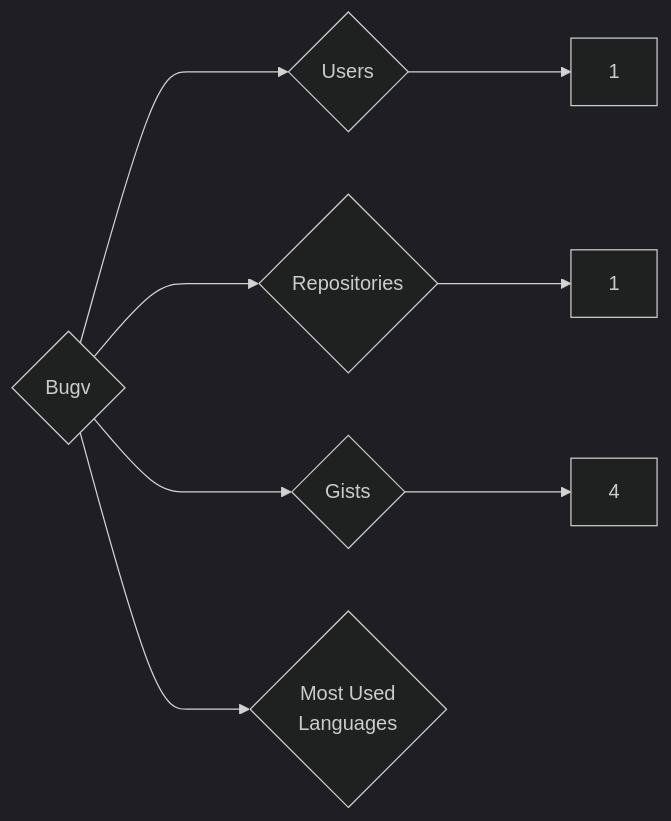
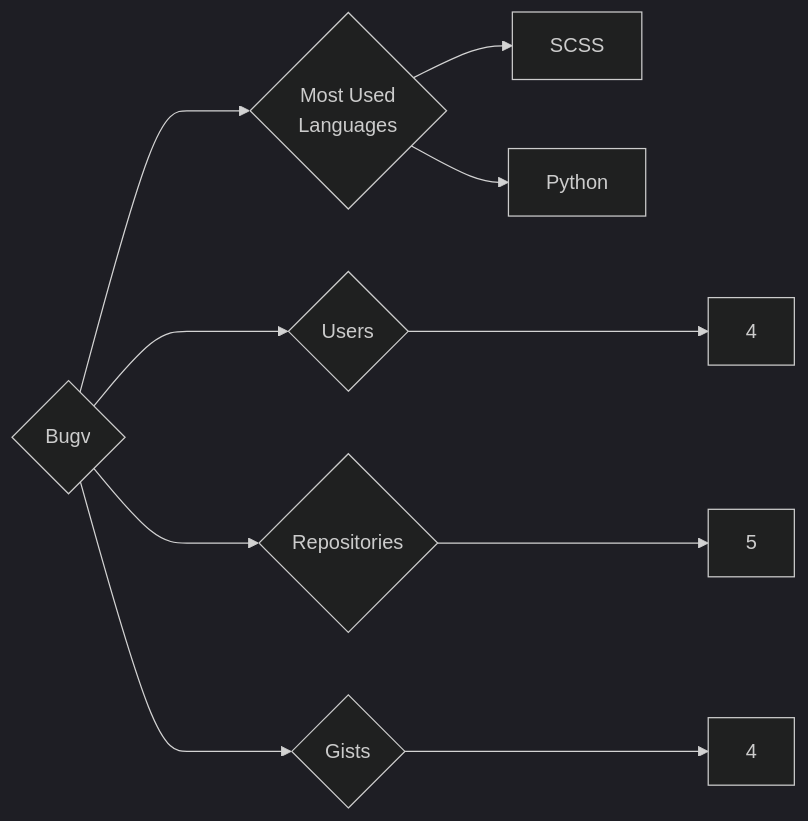
The diagram in targets/Bugv/README.md (trickest/insiders), drawn with Mermaid (dark theme) before and after one commit. The commit also changed 1314 other files, not shown here.

````diff
--- a/targets/Bugv/README.md
+++ b/targets/Bugv/README.md
@@ -3,8 +3,10 @@
 ```mermaid
 graph LR
 COMPANY_NAME{Bugv}
-COMPANY_NAME ---> U{Users} ---> UN[1]
-COMPANY_NAME ---> R{Repositories} ---> RN[1]
+COMPANY_NAME ---> U{Users} ---> UN[4]
+COMPANY_NAME ---> R{Repositories} ---> RN[5]
 COMPANY_NAME ---> G{Gists} ---> GN[4]
 COMPANY_NAME ---> ML{Most Used<br>Languages}
+ML --> SCSS[SCSS]
+ML --> Python[Python]
 ```
````
